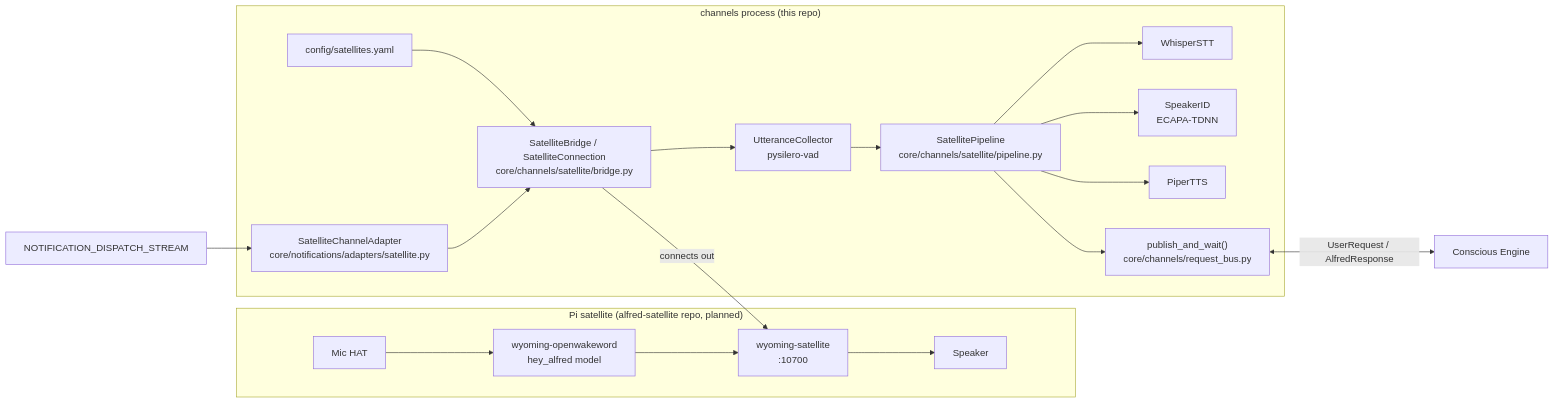
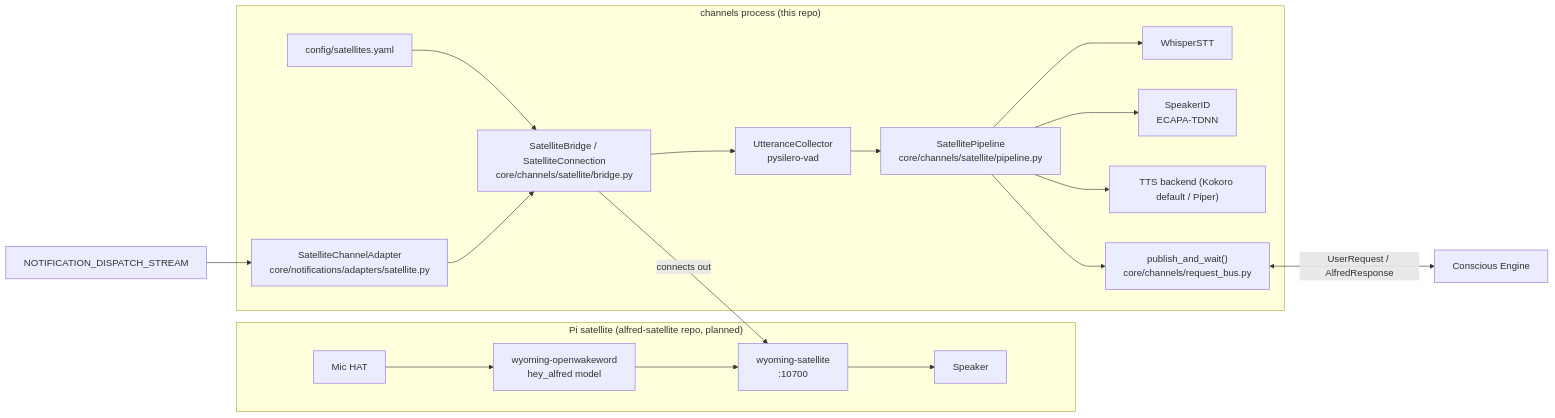
The first of 2 diagrams in docs/voice-satellites.md (anirudhlath/alfred), drawn with Mermaid before and after one commit. The commit also changed other lines of this file and 41 other files, not shown here.

````diff
--- a/docs/voice-satellites.md
+++ b/docs/voice-satellites.md
@@ -31,21 +32,21 @@
 ```mermaid
 graph LR
     subgraph Pi["Pi satellite (alfred-satellite repo, planned)"]
         Mic[Mic HAT] --> OWW[wyoming-openwakeword<br/>hey_alfred model]
         OWW --> Sat[wyoming-satellite<br/>:10700]
         Sat --> Spk[Speaker]
     end
     subgraph Channels["channels process (this repo)"]
         Config["config/satellites.yaml"] --> Bridge
         Bridge["SatelliteBridge / SatelliteConnection<br/>core/channels/satellite/bridge.py"] -->|connects out| Sat
         Bridge --> VAD["UtteranceCollector<br/>pysilero-vad"]
         VAD --> Pipe["SatellitePipeline<br/>core/channels/satellite/pipeline.py"]
         Pipe --> STT[WhisperSTT]
         Pipe --> SID["SpeakerID<br/>ECAPA-TDNN"]
-        Pipe --> TTS[PiperTTS]
+        Pipe --> TTS["TTS backend (Kokoro default / Piper)"]
         Pipe --> Bus["publish_and_wait()<br/>core/channels/request_bus.py"]
         Adapter["SatelliteChannelAdapter<br/>core/notifications/adapters/satellite.py"] --> Bridge
     end
     Bus <-->|UserRequest / AlfredResponse| Conscious[Conscious Engine]
     Dispatch[NOTIFICATION_DISPATCH_STREAM] --> Adapter
 ```
````
